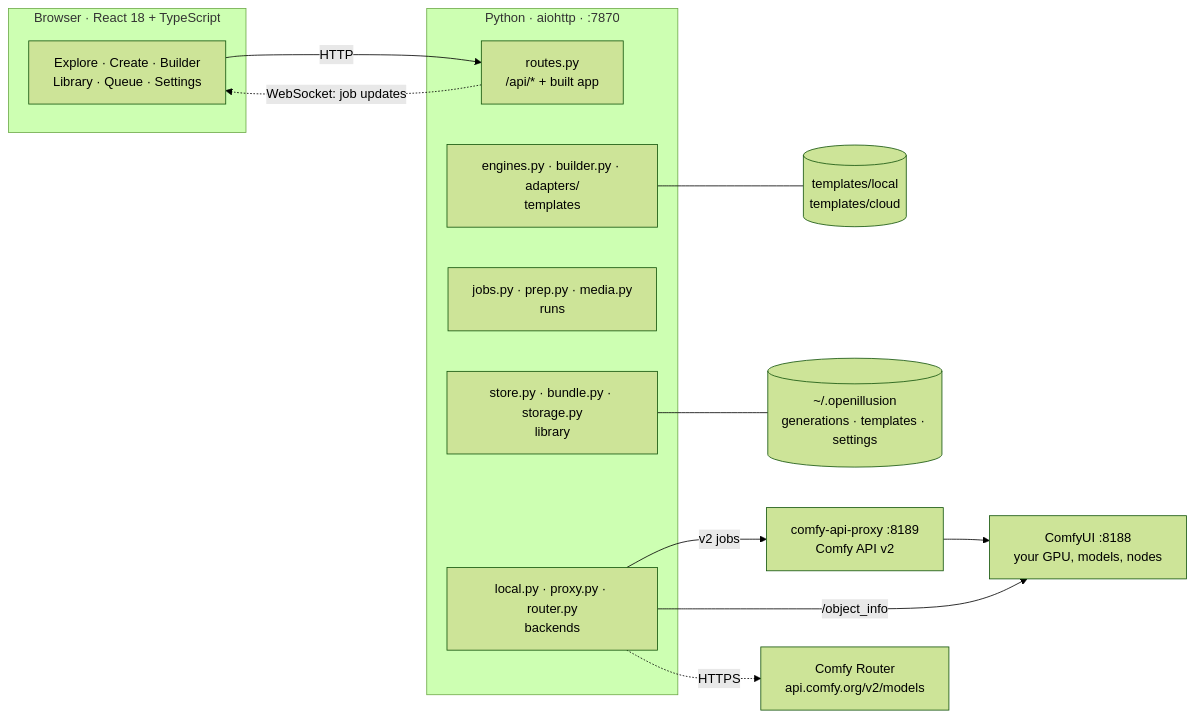
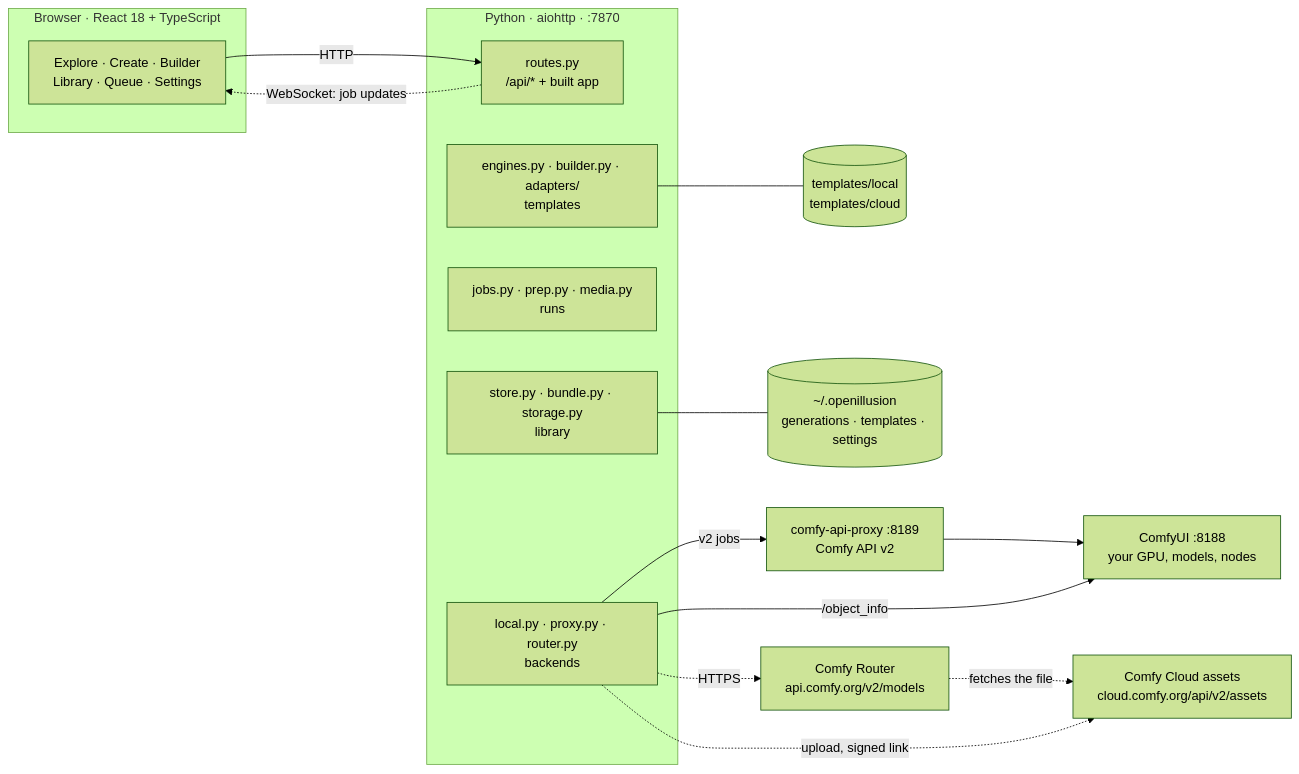
The first of 5 diagrams in README.md (GETHUK-BIGEMPEROR/OpenIllusion), drawn with Mermaid (forest theme) before and after one commit. The commit also changed other lines of this file and 44 other files, not shown here.

````diff
--- a/README.md
+++ b/README.md
@@ -57,28 +127,31 @@
 ```mermaid
 flowchart LR
   subgraph Browser["Browser · React 18 + TypeScript"]
     UI["Explore · Create · Builder<br/>Library · Queue · Settings"]
   end
 
   subgraph Server["Python · aiohttp · :7870"]
     R["routes.py<br/>/api/* + built app"]
     T["engines.py · builder.py · adapters/<br/>templates"]
     J["jobs.py · prep.py · media.py<br/>runs"]
     L["store.py · bundle.py · storage.py<br/>library"]
     B["local.py · proxy.py · router.py<br/>backends"]
   end
 
   P["comfy-api-proxy :8189<br/>Comfy API v2"]
   C["ComfyUI :8188<br/>your GPU, models, nodes"]
   RT["Comfy Router<br/>api.comfy.org/v2/models"]
+  CA["Comfy Cloud assets<br/>cloud.comfy.org/api/v2/assets"]
   RE[("templates/local<br/>templates/cloud")]
   H[("~/.openillusion<br/>generations · templates · settings")]
 
   UI -- HTTP --> R
   R -. "WebSocket: job updates" .-> UI
   B -- "v2 jobs" --> P --> C
   B -- "/object_info" --> C
   B -. HTTPS .-> RT
+  B -. "upload, signed link" .-> CA
+  RT -. "fetches the file" .-> CA
   T --- RE
   L --- H
 ```
````
